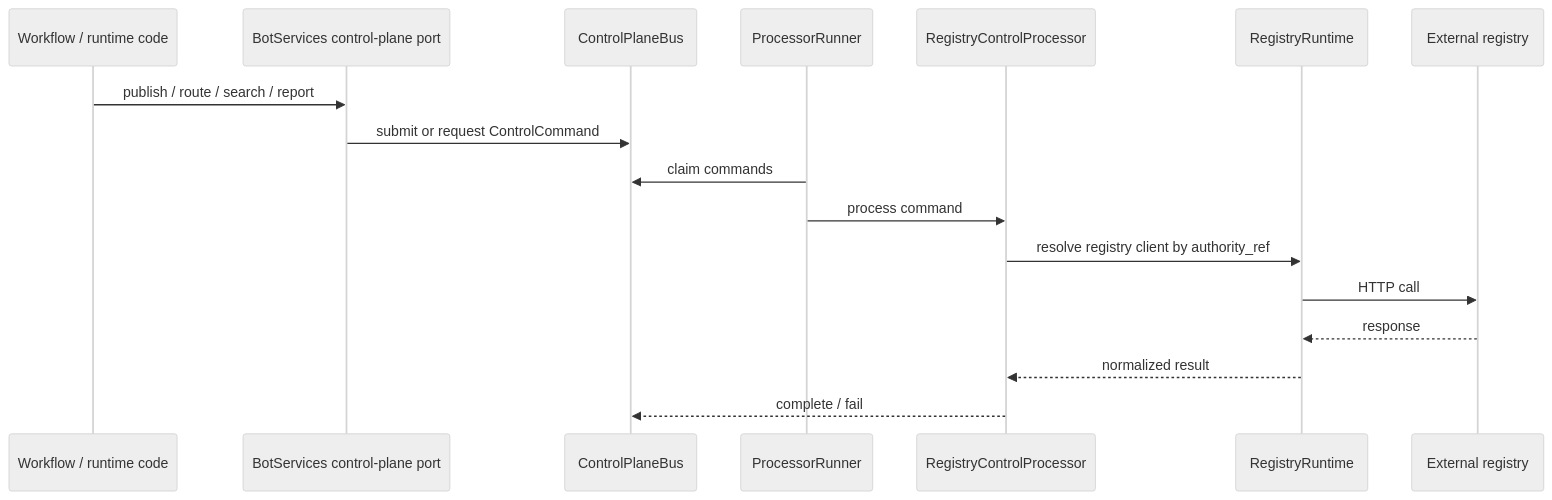
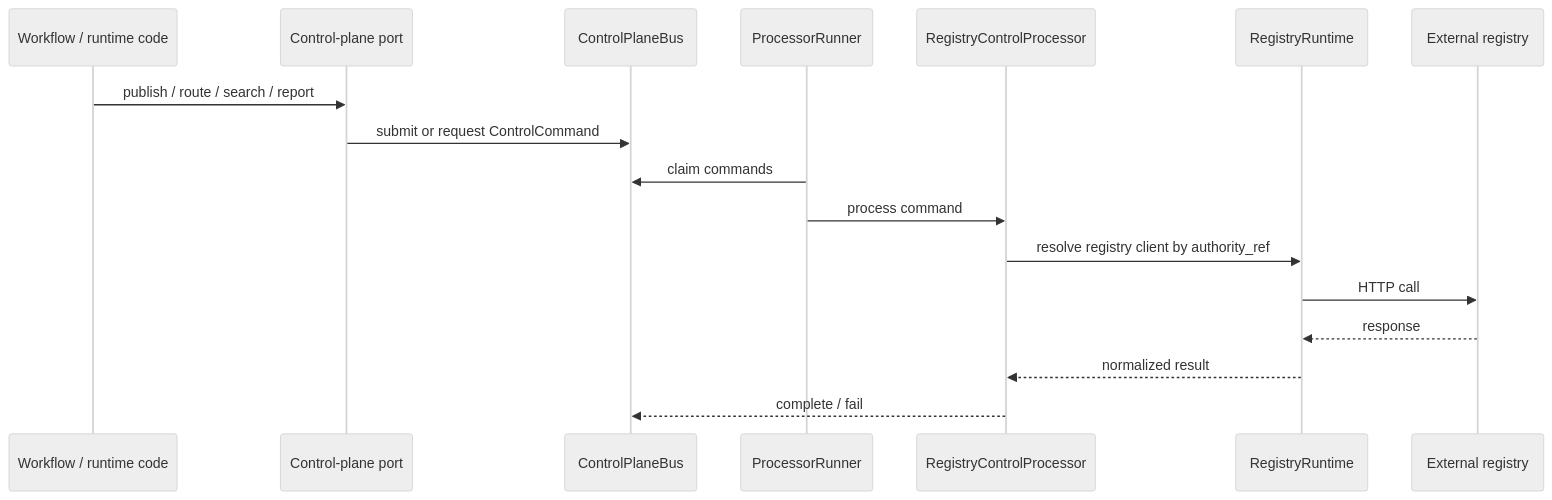
Before and after one commit to privacynow/octopus: the third of 3 diagrams in ARCHITECTURE.md, drawn with Mermaid (neutral theme). The commit also changed other lines of this file and 109 other files, not shown here.

````diff
--- a/ARCHITECTURE.md
+++ b/ARCHITECTURE.md
@@ -393,20 +456,20 @@
 ```mermaid
 sequenceDiagram
     participant WF as Workflow / runtime code
-    participant Port as BotServices control-plane port
+    participant Port as Control-plane port
     participant Bus as ControlPlaneBus
     participant Runner as ProcessorRunner
     participant Proc as RegistryControlProcessor
     participant RR as RegistryRuntime
     participant Reg as External registry
 
     WF->>Port: publish / route / search / report
     Port->>Bus: submit or request ControlCommand
     Runner->>Bus: claim commands
     Runner->>Proc: process command
     Proc->>RR: resolve registry client by authority_ref
     RR->>Reg: HTTP call
     Reg-->>RR: response
     RR-->>Proc: normalized result
     Proc-->>Bus: complete / fail
 ```
````
